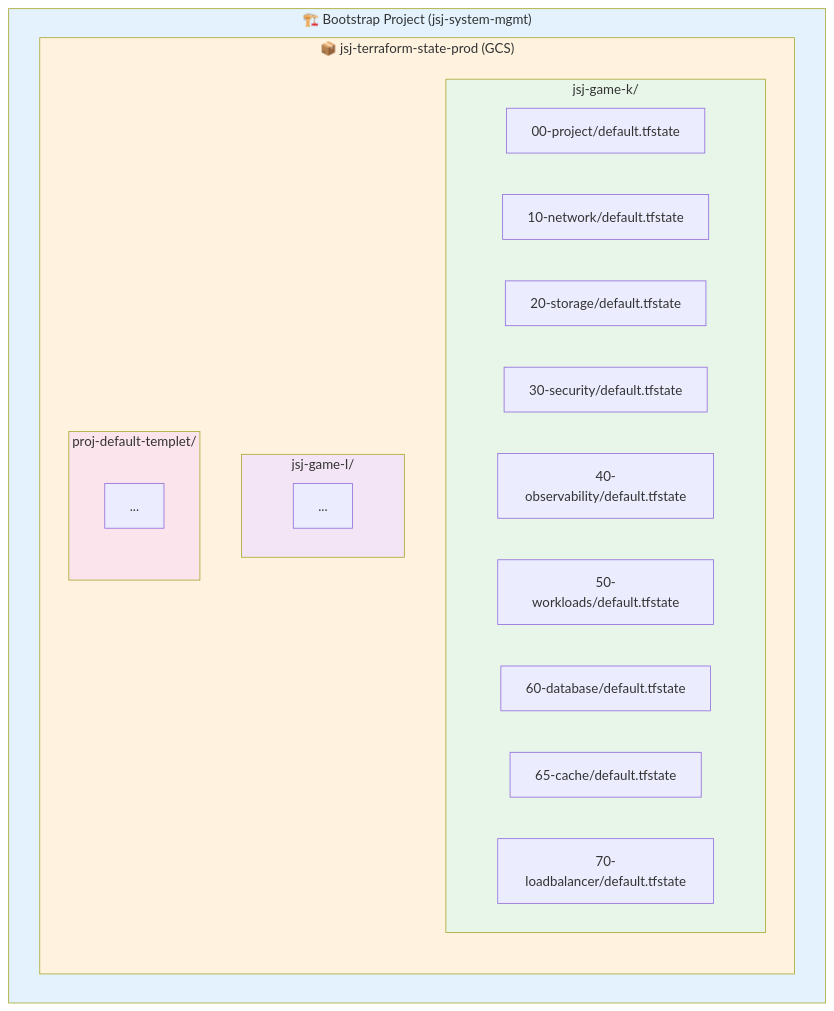
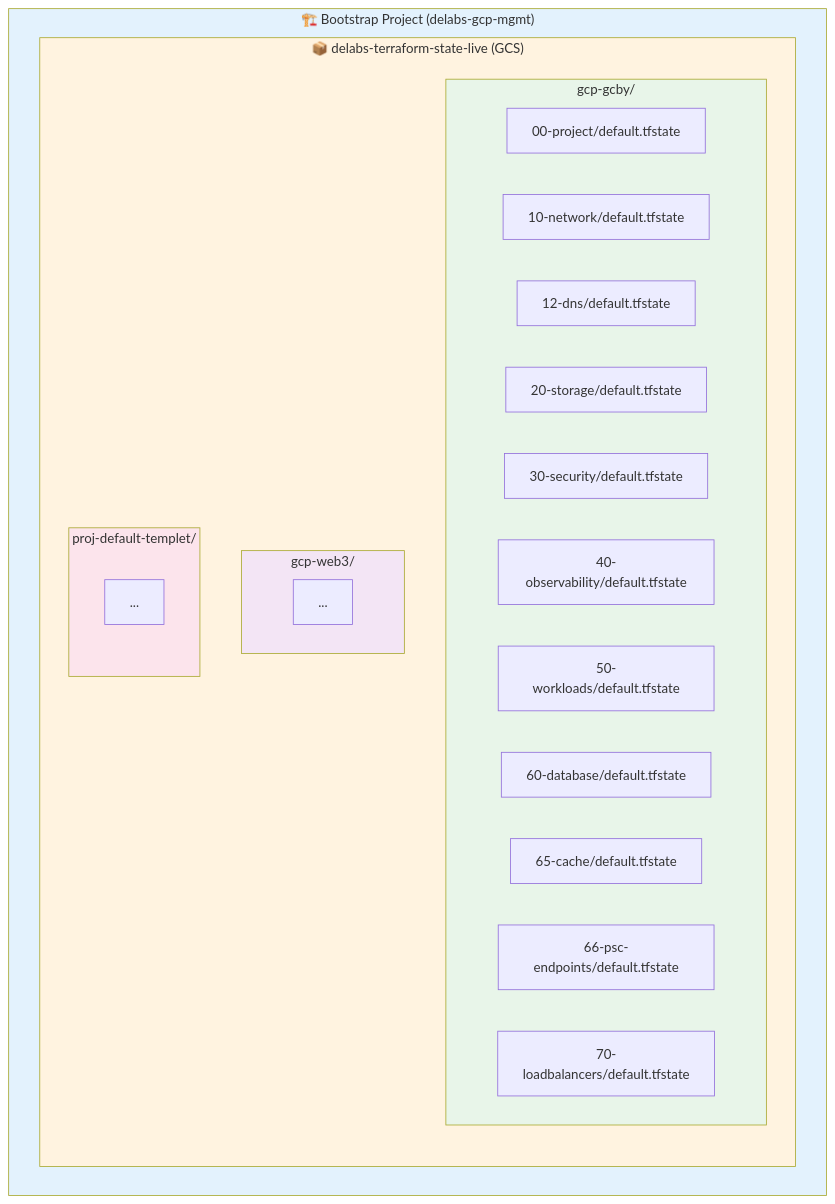
The fourth of 4 diagrams in terraform_gcp_infra/docs/architecture/overview.md (JSJ2337/GCP_terraform_code), drawn with Mermaid before and after one commit. The commit also changed other lines of this file and 24 other files, not shown here.

````diff
--- a/terraform_gcp_infra/docs/architecture/overview.md
+++ b/terraform_gcp_infra/docs/architecture/overview.md
@@ -283,33 +287,35 @@
 ```mermaid
 %%{init: {'theme': 'default'}}%%
 flowchart TB
-    subgraph Bootstrap["🏗️ Bootstrap Project (jsj-system-mgmt)"]
-        subgraph GCS["📦 jsj-terraform-state-prod (GCS)"]
-            subgraph GAMEK["jsj-game-k/"]
+    subgraph Bootstrap["🏗️ Bootstrap Project (delabs-gcp-mgmt)"]
+        subgraph GCS["📦 delabs-terraform-state-live (GCS)"]
+            subgraph GCBY["gcp-gcby/"]
                 K00["00-project/default.tfstate"]
                 K10["10-network/default.tfstate"]
+                K12["12-dns/default.tfstate"]
                 K20["20-storage/default.tfstate"]
                 K30["30-security/default.tfstate"]
                 K40["40-observability/default.tfstate"]
                 K50["50-workloads/default.tfstate"]
                 K60["60-database/default.tfstate"]
                 K65["65-cache/default.tfstate"]
-                K70["70-loadbalancer/default.tfstate"]
+                K66["66-psc-endpoints/default.tfstate"]
+                K70["70-loadbalancers/default.tfstate"]
             end
 
-            subgraph GAMEL["jsj-game-l/"]
+            subgraph WEB3["gcp-web3/"]
                 L_ETC["..."]
             end
 
             subgraph TEMPLET["proj-default-templet/"]
                 T_ETC["..."]
             end
         end
     end
 
     style Bootstrap fill:#e3f2fd
     style GCS fill:#fff3e0
-    style GAMEK fill:#e8f5e9
-    style GAMEL fill:#f3e5f5
+    style GCBY fill:#e8f5e9
+    style WEB3 fill:#f3e5f5
     style TEMPLET fill:#fce4ec
 ```
````
